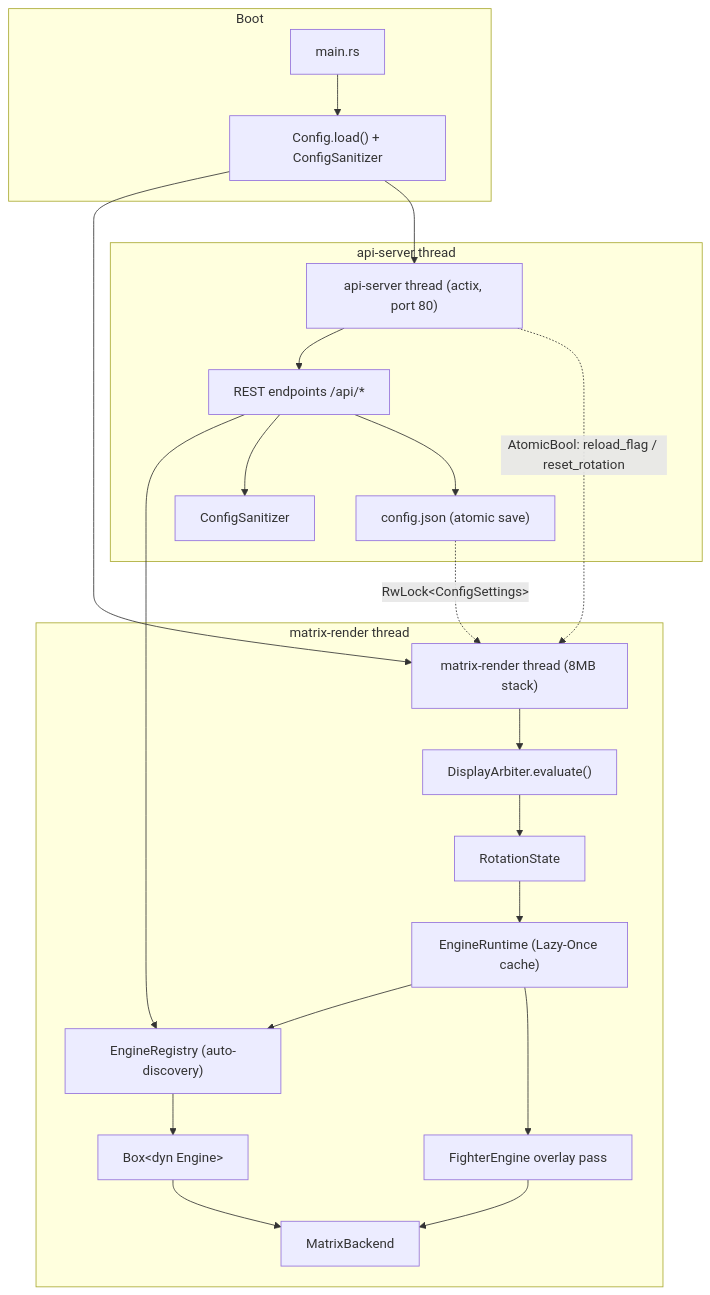
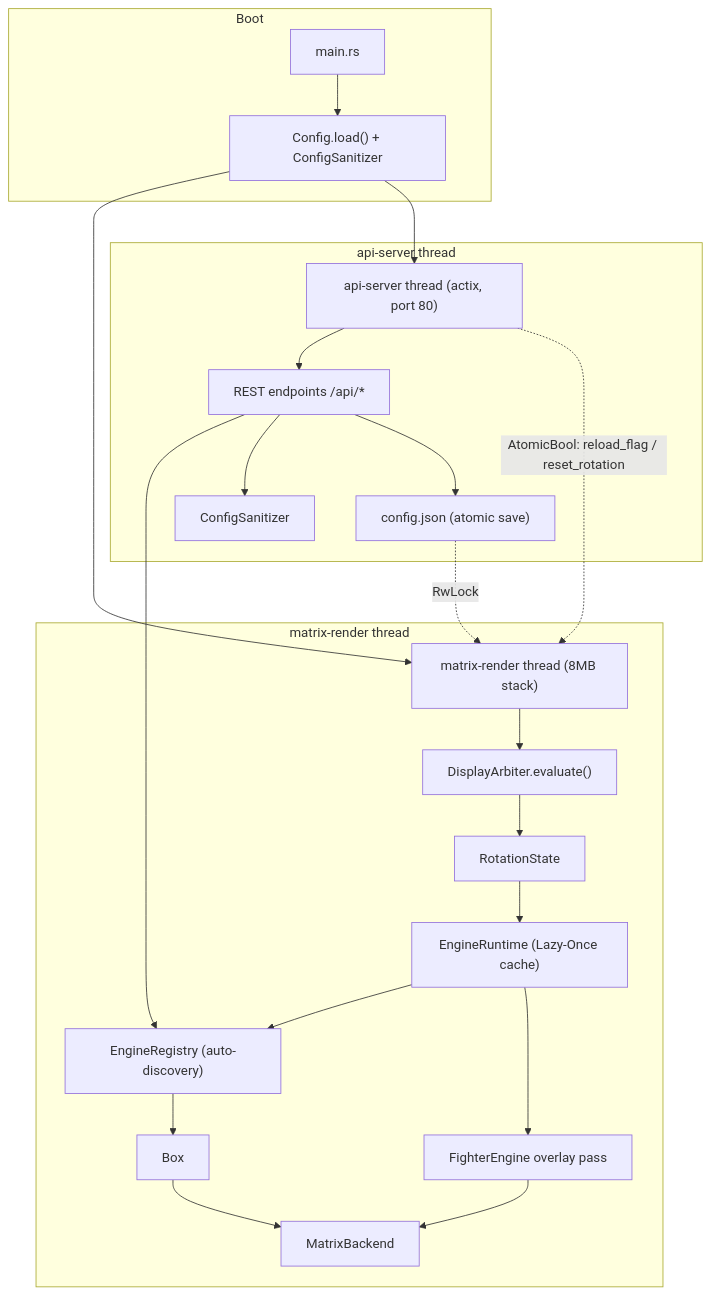
Before and after one commit to red77290/ArcadeMatrix_RPI: the first of 14 diagrams in docs/ARCHITECTURE.md, drawn with Mermaid. The commit also changed other lines of this file and 5 other files, not shown here.

Commit message:
docs: fix mermaid diagrams parsing errors due to html entities

````diff
--- a/docs/ARCHITECTURE.md
+++ b/docs/ARCHITECTURE.md
@@ -47,30 +47,30 @@
 ```mermaid
 flowchart TD
     subgraph Boot
         MAIN["main.rs"] --> CFG["Config.load() + ConfigSanitizer"]
     end
 
     CFG --> REND["matrix-render thread (8MB stack)"]
     CFG --> API["api-server thread (actix, port 80)"]
 
     subgraph RenderThread["matrix-render thread"]
         REND --> ARB["DisplayArbiter.evaluate()"]
         ARB --> ROT["RotationState"]
         ROT --> RT["EngineRuntime (Lazy-Once cache)"]
         RT --> REG["EngineRegistry (auto-discovery)"]
-        REG --> ENG["Box&lt;dyn Engine&gt;"]
+        REG --> ENG["Box<dyn Engine>"]
         ENG --> MX["MatrixBackend"]
         RT --> OV["FighterEngine overlay pass"]
         OV --> MX
     end
 
     subgraph ApiThread["api-server thread"]
         API --> EP["REST endpoints /api/*"]
         EP --> REG
         EP --> SAN["ConfigSanitizer"]
         EP --> SAVE["config.json (atomic save)"]
     end
 
-    API -. "AtomicBool: reload_flag / reset_rotation" .-> REND
-    SAVE -. "RwLock&lt;ConfigSettings&gt;" .-> REND
+    API -.->|"AtomicBool: reload_flag / reset_rotation"| REND
+    SAVE -.->|"RwLock<ConfigSettings>"| REND
 ```
````
